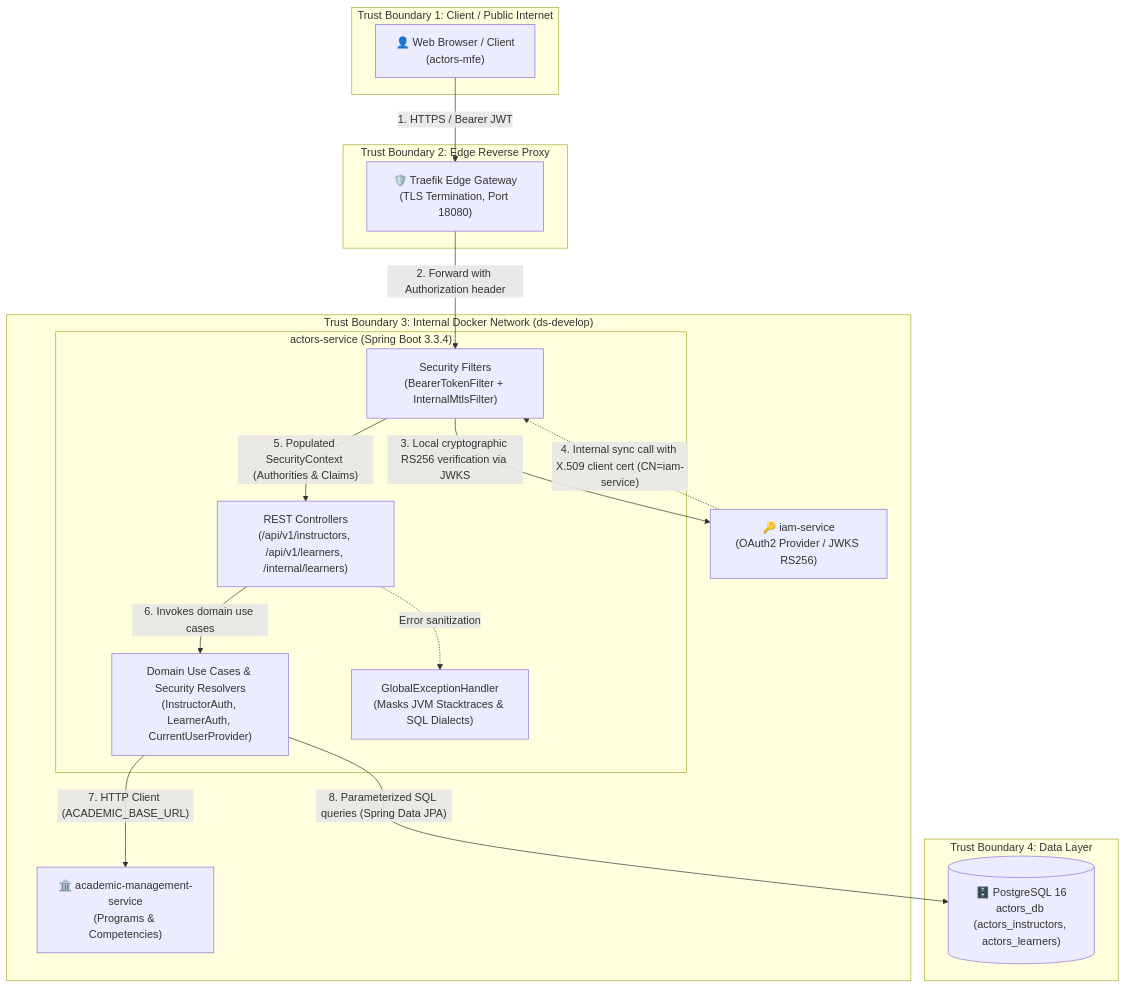
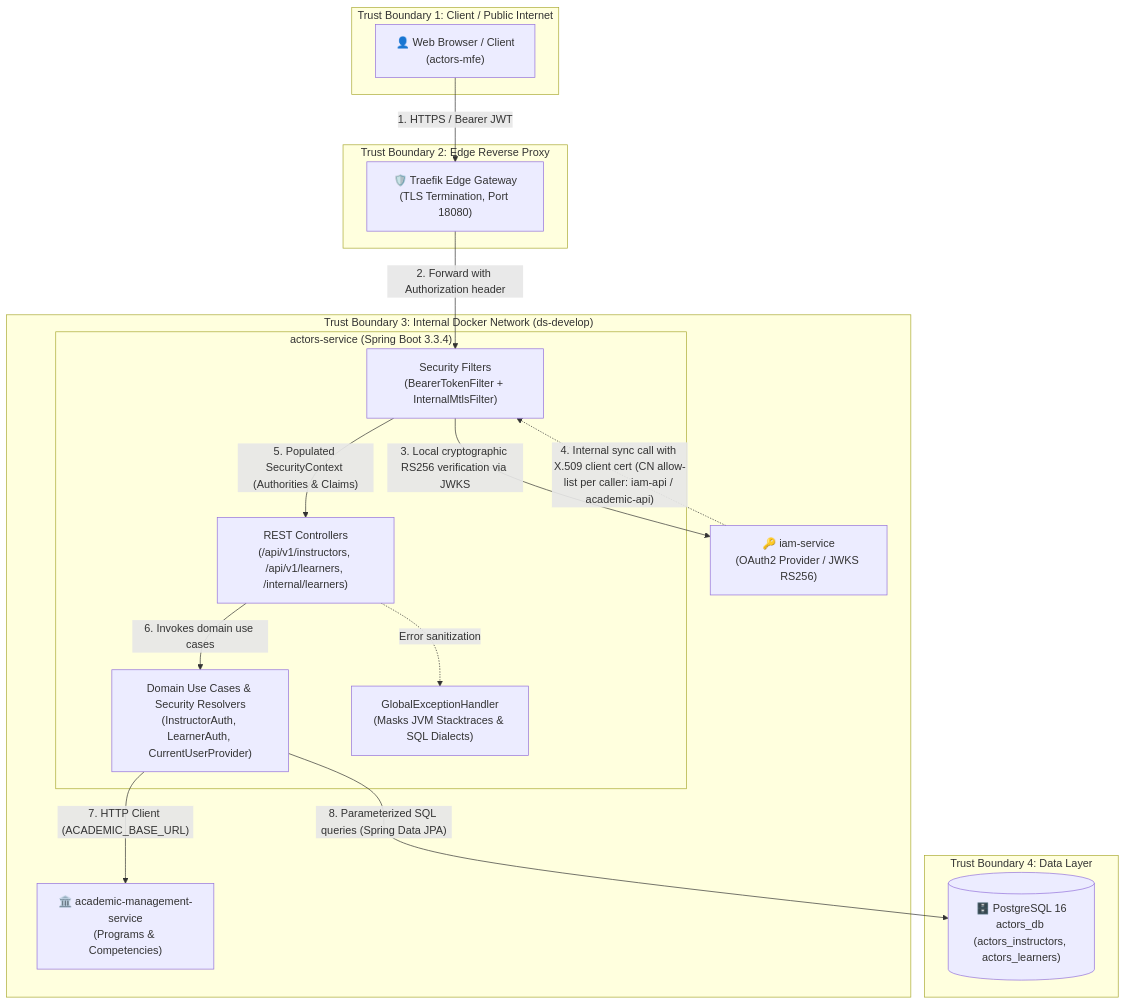
Before and after one commit to Karendaniela09/design-software-docs: the diagram in 09-microservices/services/06-actors-service/security.md, drawn with Mermaid. The commit also changed other lines of this file and 4 other files, not shown here.

````diff
--- a/09-microservices/services/06-actors-service/security.md
+++ b/09-microservices/services/06-actors-service/security.md
@@ -19,37 +19,37 @@
 ```mermaid
 flowchart TD
     subgraph TB1["Trust Boundary 1: Client / Public Internet"]
         User["👤 Web Browser / Client<br/>(actors-mfe)"]
     end
 
     subgraph TB2["Trust Boundary 2: Edge Reverse Proxy"]
         Gateway["🛡️ Traefik Edge Gateway<br/>(TLS Termination, Port 18080)"]
     end
 
     subgraph TB3["Trust Boundary 3: Internal Docker Network (ds-develop)"]
         IAM["🔑 iam-service<br/>(OAuth2 Provider / JWKS RS256)"]
         
         subgraph ActorsApp["actors-service (Spring Boot 3.3.4)"]
             Filters["Security Filters<br/>(BearerTokenFilter + InternalMtlsFilter)"]
             Controllers["REST Controllers<br/>(/api/v1/instructors, /api/v1/learners, /internal/learners)"]
             Domain["Domain Use Cases & Security Resolvers<br/>(InstructorAuth, LearnerAuth, CurrentUserProvider)"]
             ExHandler["GlobalExceptionHandler<br/>(Masks JVM Stacktraces & SQL Dialects)"]
         end
 
         AcademicService["🏛️ academic-management-service<br/>(Programs & Competencies)"]
     end
 
     subgraph TB4["Trust Boundary 4: Data Layer"]
         PostgresDB[("🗄️ PostgreSQL 16<br/>actors_db (actors_instructors, actors_learners)")]
     end
 
     User -->|"1. HTTPS / Bearer JWT"| Gateway
     Gateway -->|"2. Forward with Authorization header"| Filters
     Filters -->|"3. Local cryptographic RS256 verification via JWKS"| IAM
-    IAM -.->|"4. Internal sync call with X.509 client cert (CN=iam-service)"| Filters
+    IAM -.->|"4. Internal sync call with X.509 client cert (CN allow-list per caller: iam-api / academic-api)"| Filters
     Filters -->|"5. Populated SecurityContext (Authorities & Claims)"| Controllers
     Controllers -->|"6. Invokes domain use cases"| Domain
     Domain -->|"7. HTTP Client (ACADEMIC_BASE_URL)"| AcademicService
     Domain -->|"8. Parameterized SQL queries (Spring Data JPA)"| PostgresDB
     Controllers -.->|"Error sanitization"| ExHandler
 ```
````
